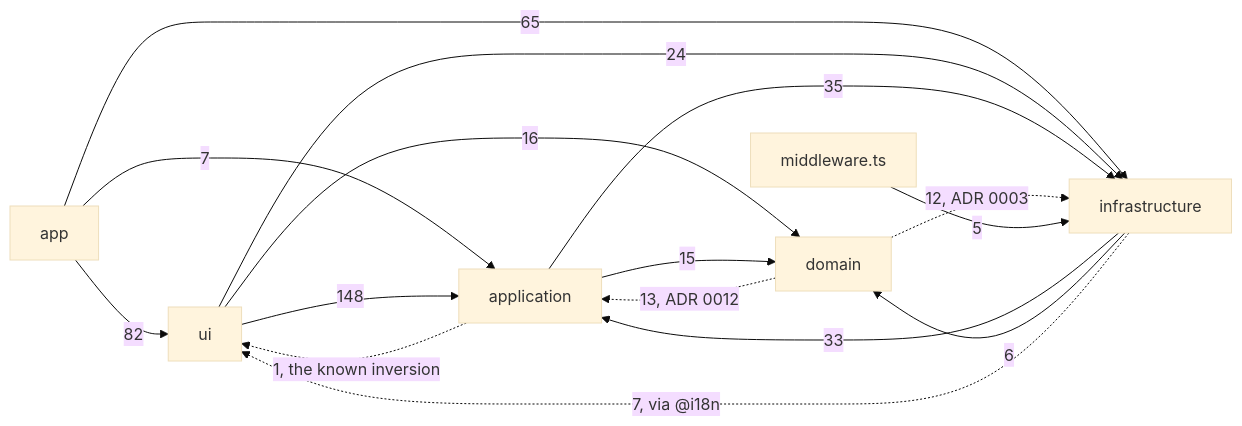
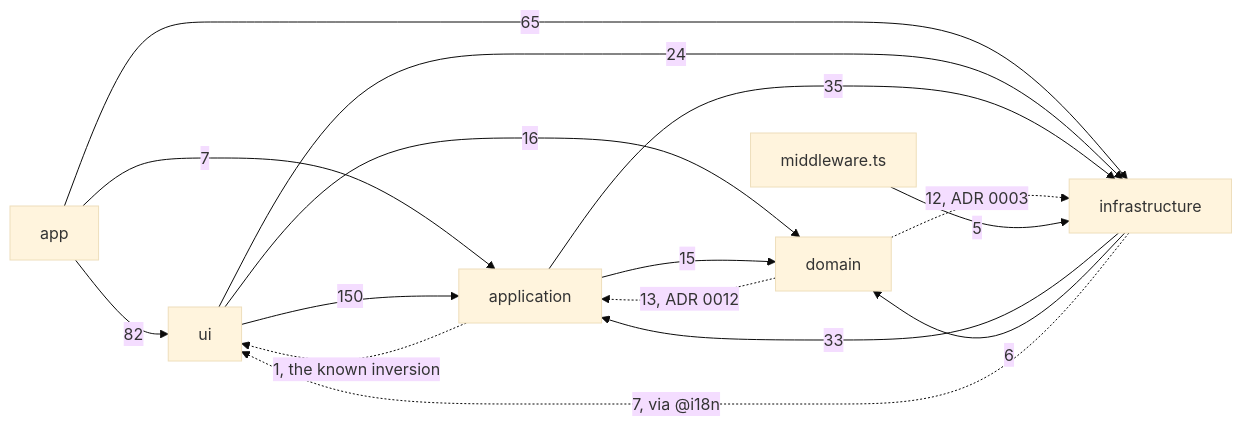
The diagram in apps/docs/src/content/docs/architecture/overview.mdx (fbuireu/forever-pto), drawn with Mermaid (base theme) before and after one commit. The commit also changed other lines of this file and 6 other files, not shown here.

````diff
--- a/apps/docs/src/content/docs/architecture/overview.mdx
+++ b/apps/docs/src/content/docs/architecture/overview.mdx
@@ -47,24 +47,24 @@
 ```mermaid
 flowchart LR
   APP[app]
   UI[ui]
   APPL[application]
   DOM[domain]
   INFRA[infrastructure]
   MW[middleware.ts]
   APP -->|82| UI
   APP -->|7| APPL
   APP -->|65| INFRA
-  UI -->|148| APPL
+  UI -->|150| APPL
   UI -->|16| DOM
   UI -->|24| INFRA
   APPL -->|15| DOM
   APPL -->|35| INFRA
   APPL -.->|1, the known inversion| UI
   DOM -.->|13, ADR 0012| APPL
   DOM -.->|12, ADR 0003| INFRA
   INFRA -->|33| APPL
   INFRA -->|6| DOM
   INFRA -.->|7, via @i18n| UI
   MW -->|5| INFRA
 ```
````
